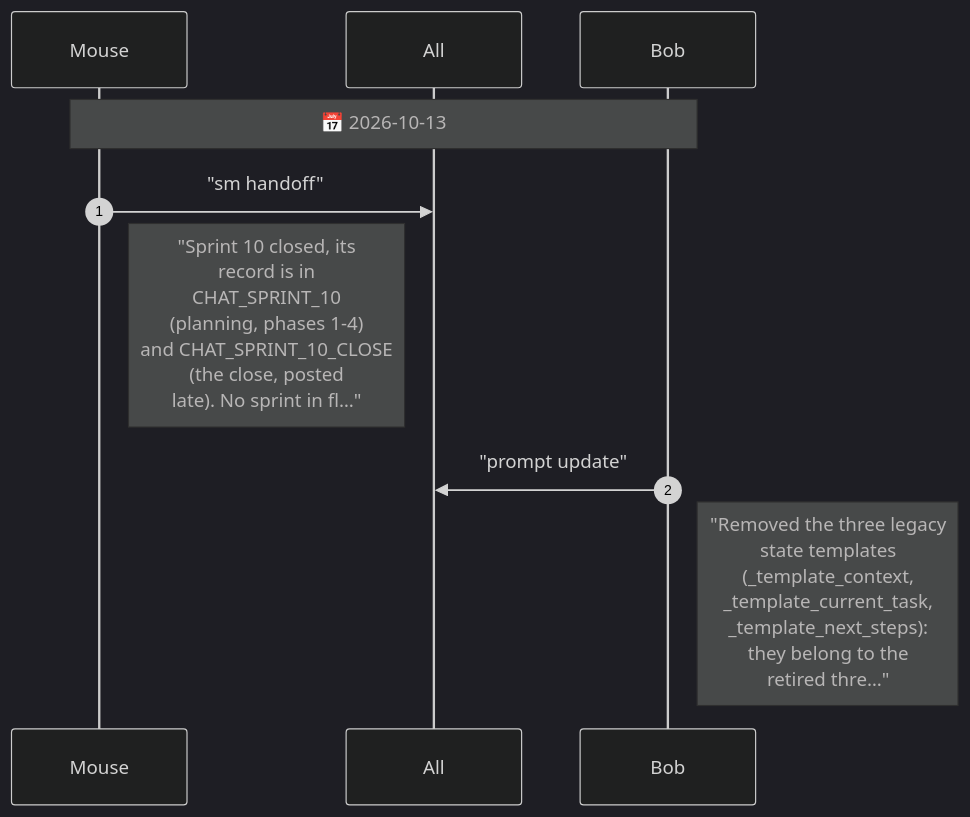
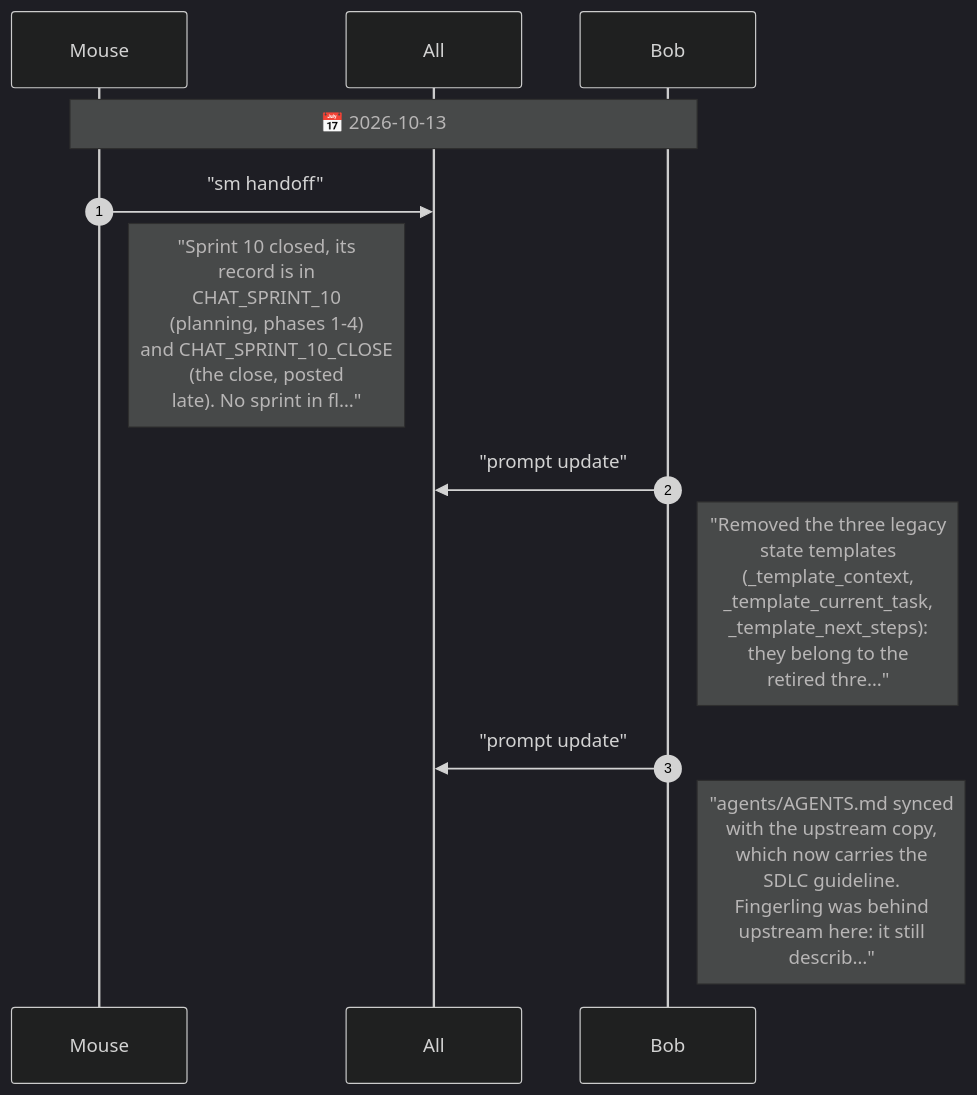
One commit to drusifer/fingerling changed the diagram in agents/CHAT.diagram.md. Above: the diagram before and after it, drawn with Mermaid (dark theme). The commit also changed 2 other files, not shown here.

Commit message:
docs(agents): sync AGENTS.md with upstream
Upstream now carries the SDLC guideline; this copy was also behind on the
single state.md file and bobp make.

Claude-Session: https://claude.ai/code/session_015LXtaNi593ioHD63iuoB6a

````diff
--- a/agents/CHAT.diagram.md
+++ b/agents/CHAT.diagram.md
@@ -5,13 +5,15 @@
 ```mermaid
 %%{init: {"sequence": {"messageFontSize": 14, "noteFontSize": 18, "actorFontSize": 14}}}%%
 sequenceDiagram
     autonumber
     participant Mouse
     participant All
     participant Bob
     Note over Mouse,Bob: 📅 2026-10-13
     Mouse->>All: "sm handoff"
     Note right of Mouse: "Sprint 10 closed, its<br/>record is in<br/>CHAT_SPRINT_10<br/>(planning, phases 1-4)<br/>and CHAT_SPRINT_10_CLOSE<br/>(the close, posted<br/>late). No sprint in fl…"
     Bob->>All: "prompt update"
     Note right of Bob: "Removed the three legacy<br/>state templates<br/>(_template_context,<br/>_template_current_task,<br/>_template_next_steps):<br/>they belong to the<br/>retired thre…"
+    Bob->>All: "prompt update"
+    Note right of Bob: "agents/AGENTS.md synced<br/>with the upstream copy,<br/>which now carries the<br/>SDLC guideline.<br/>Fingerling was behind<br/>upstream here: it still<br/>describ…"
 ```
````
